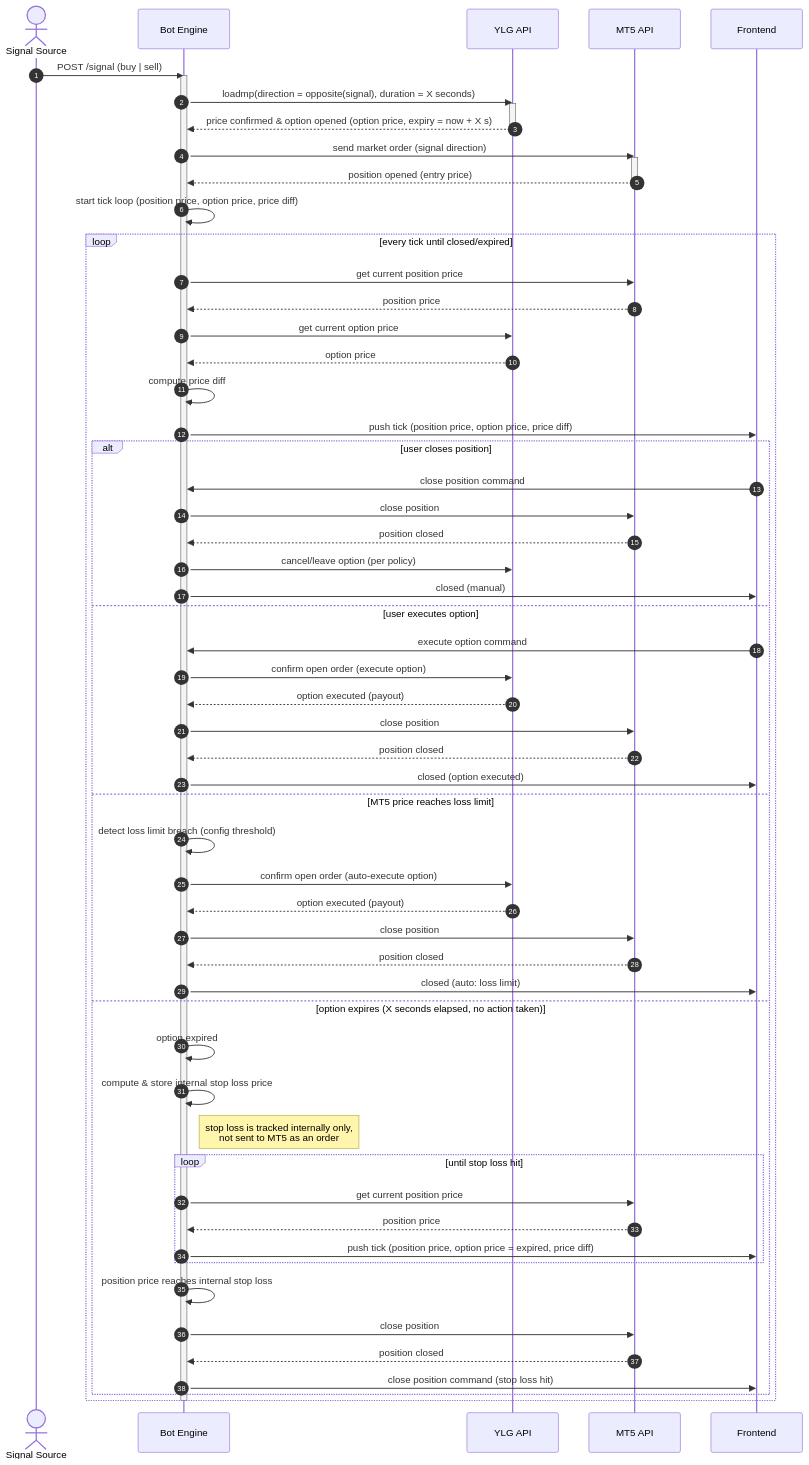
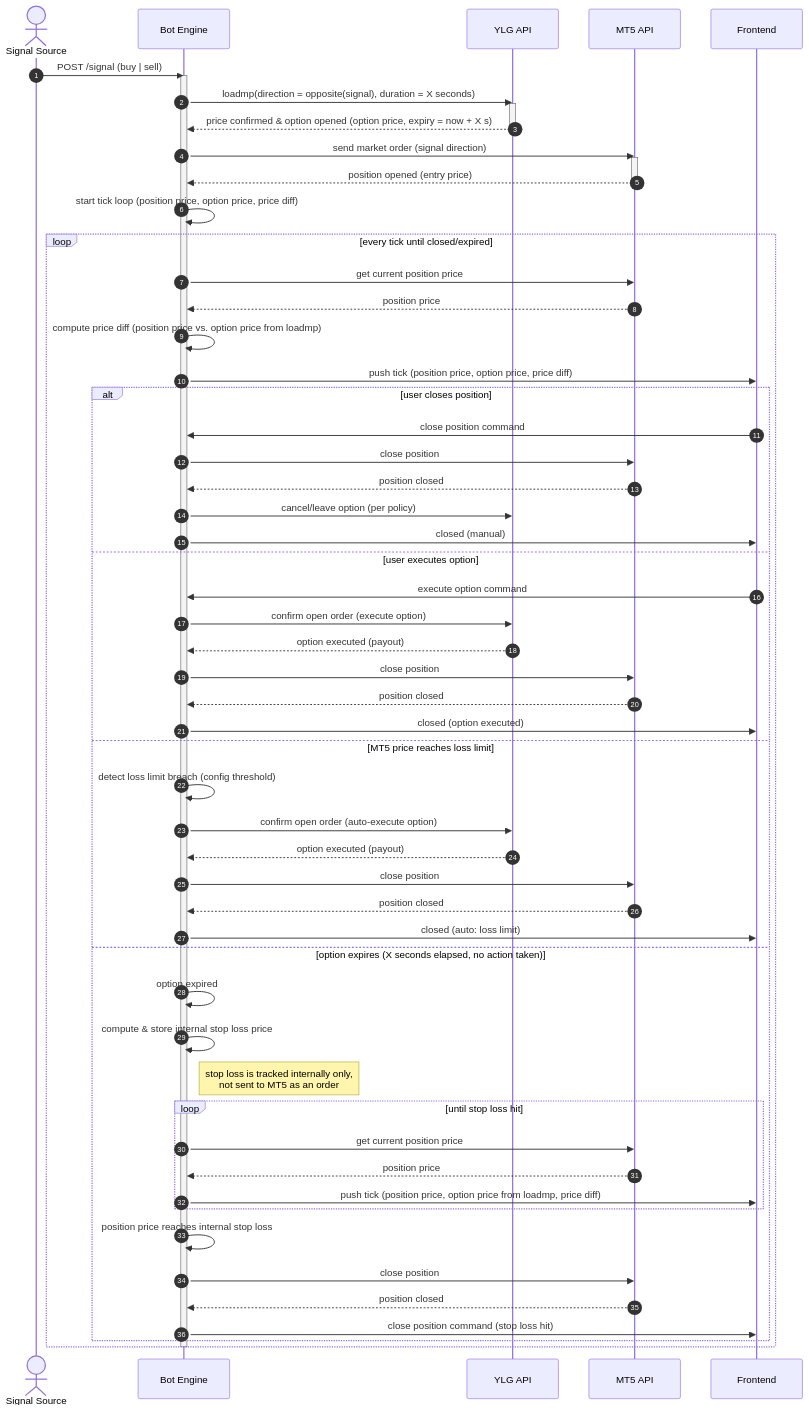
The diagram in diagrams/option-hedge-bot-sequence.md (jiradejcu/metatrader5-quant-server-python), drawn with Mermaid before and after one commit. The commit also changed other lines of this file, not shown here.

Commit message:
Stop re-fetching option price in bot sequence diagram
Option price is held from the loadmp response and stays fixed for the
life of the option, so drop the per-tick YLG option-price lookup.

Claude-Session: https://claude.ai/code/session_01B8ctB4yGnKyUMuzJRBHQSD

````diff
--- a/diagrams/option-hedge-bot-sequence.md
+++ b/diagrams/option-hedge-bot-sequence.md
@@ -8,70 +8,68 @@
 ```mermaid
 sequenceDiagram
     autonumber
     actor Signal as Signal Source
     participant Bot as Bot Engine
     participant YLG as YLG API
     participant MT5 as MT5 API
     participant FE as Frontend
 
     Signal->>Bot: POST /signal (buy | sell)
     activate Bot
 
     Bot->>YLG: loadmp(direction = opposite(signal), duration = X seconds)
     activate YLG
     YLG-->>Bot: price confirmed & option opened (option price, expiry = now + X s)
     deactivate YLG
 
     Bot->>MT5: send market order (signal direction)
     activate MT5
     MT5-->>Bot: position opened (entry price)
     deactivate MT5
 
     Bot->>Bot: start tick loop (position price, option price, price diff)
 
     loop every tick until closed/expired
         Bot->>MT5: get current position price
         MT5-->>Bot: position price
-        Bot->>YLG: get current option price
-        YLG-->>Bot: option price
-        Bot->>Bot: compute price diff
+        Bot->>Bot: compute price diff (position price vs. option price from loadmp)
         Bot->>FE: push tick (position price, option price, price diff)
 
         alt user closes position
             FE->>Bot: close position command
             Bot->>MT5: close position
             MT5-->>Bot: position closed
             Bot->>YLG: cancel/leave option (per policy)
             Bot->>FE: closed (manual)
         else user executes option
             FE->>Bot: execute option command
             Bot->>YLG: confirm open order (execute option)
             YLG-->>Bot: option executed (payout)
             Bot->>MT5: close position
             MT5-->>Bot: position closed
             Bot->>FE: closed (option executed)
         else MT5 price reaches loss limit
             Bot->>Bot: detect loss limit breach (config threshold)
             Bot->>YLG: confirm open order (auto-execute option)
             YLG-->>Bot: option executed (payout)
             Bot->>MT5: close position
             MT5-->>Bot: position closed
             Bot->>FE: closed (auto: loss limit)
         else option expires (X seconds elapsed, no action taken)
             Bot->>Bot: option expired
             Bot->>Bot: compute & store internal stop loss price
             Note right of Bot: stop loss is tracked internally only,<br/>not sent to MT5 as an order
             loop until stop loss hit
                 Bot->>MT5: get current position price
                 MT5-->>Bot: position price
-                Bot->>FE: push tick (position price, option price = expired, price diff)
+                Bot->>FE: push tick (position price, option price from loadmp, price diff)
             end
             Bot->>Bot: position price reaches internal stop loss
             Bot->>MT5: close position
             MT5-->>Bot: position closed
             Bot->>FE: close position command (stop loss hit)
         end
     end
 
     deactivate Bot
 ```
````
